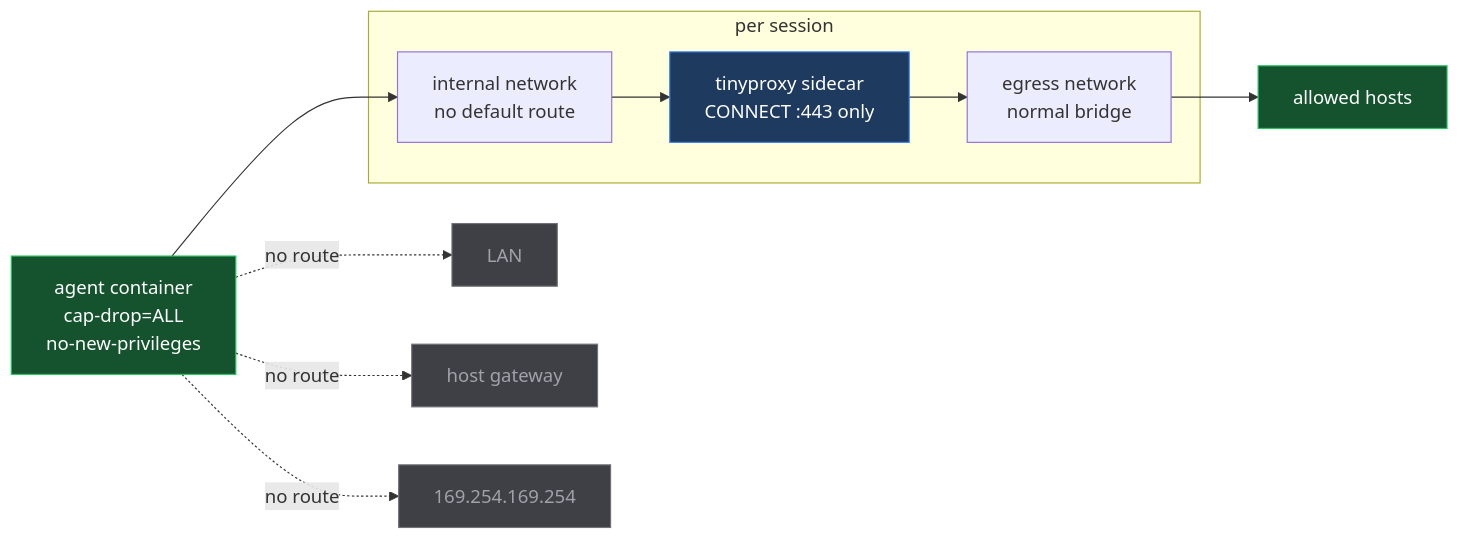
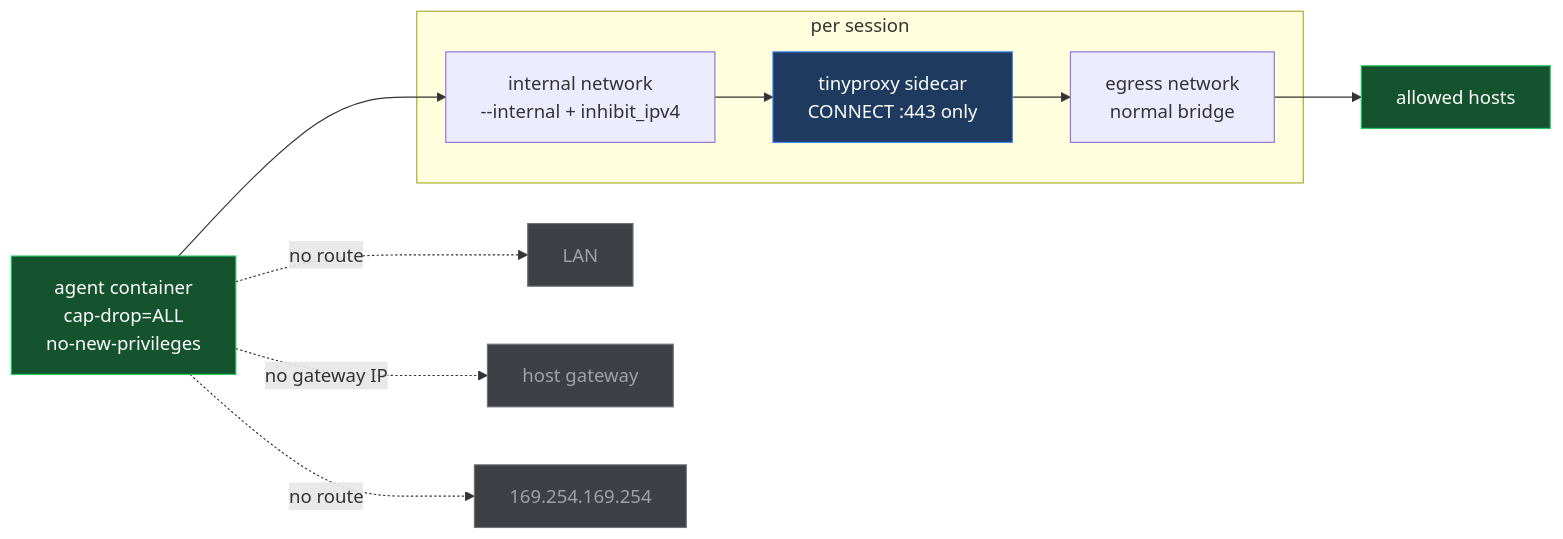
The second of 9 diagrams in packages/coding-agent-sandbox/docs/network-hardening-plan.md (pixpilot/agent-tools), drawn with Mermaid before and after one commit. The commit also changed other lines of this file and 10 other files, not shown here.

````diff
--- a/packages/coding-agent-sandbox/docs/network-hardening-plan.md
+++ b/packages/coding-agent-sandbox/docs/network-hardening-plan.md
@@ -39,22 +43,22 @@
 ```mermaid
 flowchart LR
   A["agent container<br/>cap-drop=ALL<br/>no-new-privileges"] --> N1
 
   subgraph S["per session"]
-    N1["internal network<br/>no default route"] --> P["tinyproxy sidecar<br/>CONNECT :443 only"]
+    N1["internal network<br/>--internal + inhibit_ipv4"] --> P["tinyproxy sidecar<br/>CONNECT :443 only"]
     P --> N2["egress network<br/>normal bridge"]
   end
 
   N2 --> W["allowed hosts"]
 
   A -.->|"no route"| X1["LAN"]
-  A -.->|"no route"| X2["host gateway"]
+  A -.->|"no gateway IP"| X2["host gateway"]
   A -.->|"no route"| X3["169.254.169.254"]
 
   style A fill:#14532d,color:#fff,stroke:#22c55e
   style P fill:#1e3a5f,color:#fff,stroke:#3b82f6
   style W fill:#14532d,color:#fff,stroke:#22c55e
   style X1 fill:#3f3f46,color:#a1a1aa,stroke:#71717a
   style X2 fill:#3f3f46,color:#a1a1aa,stroke:#71717a
   style X3 fill:#3f3f46,color:#a1a1aa,stroke:#71717a
 ```
````
